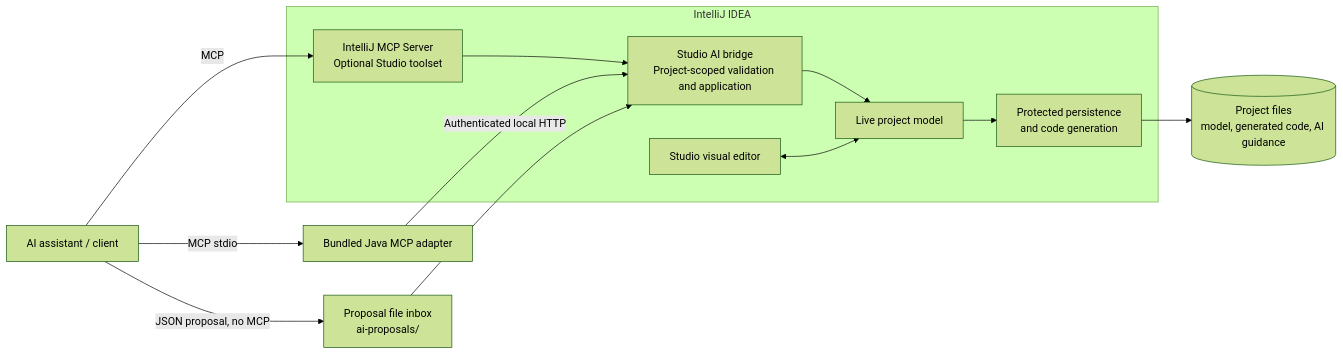
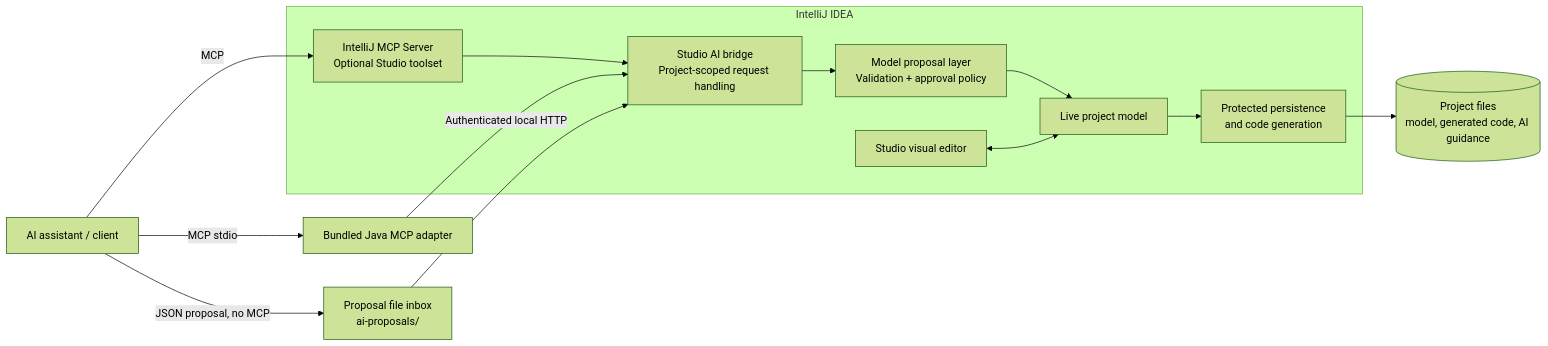
One commit to ikasanEIP/IkasanStudio changed the first of 2 diagrams in docs/AiSupportOverview.md. Above: the diagram before and after it, drawn with Mermaid (forest theme). The commit also changed other lines of this file and 16 other files, not shown here.

````diff
--- a/docs/AiSupportOverview.md
+++ b/docs/AiSupportOverview.md
@@ -11,24 +11,26 @@
 ```mermaid
 flowchart LR
     AI["AI assistant / client"]
     subgraph IDE["IntelliJ IDEA"]
         MCP["IntelliJ MCP Server<br/>Optional Studio toolset"]
-        B["Studio AI bridge<br/>Project-scoped validation and application"]
+        B["Studio AI bridge<br/>Project-scoped request handling"]
+        P["Model proposal layer<br/>Validation + approval policy"]
         UI["Studio visual editor"]
         M["Live project model"]
         G["Protected persistence<br/>and code generation"]
         MCP --> B
-        B --> M
+        B --> P
+        P --> M
         UI <--> M
         M --> G
     end
     A["Bundled Java MCP adapter"]
     F["Proposal file inbox<br/>ai-proposals/"]
     D[("Project files<br/>model, generated code, AI guidance")]
     AI -->|MCP| MCP
     AI -->|MCP stdio| A
     A -->|Authenticated local HTTP| B
     AI -->|JSON proposal, no MCP| F
     F --> B
     G --> D
 ```
````
